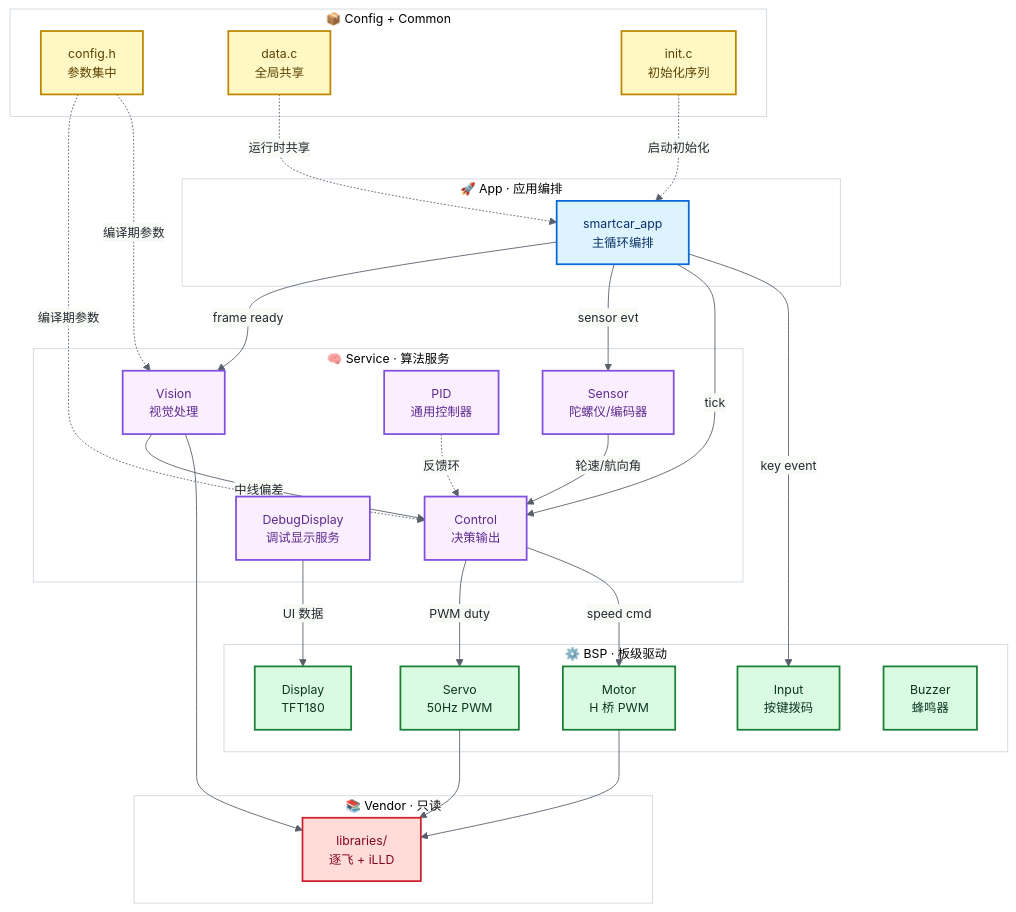
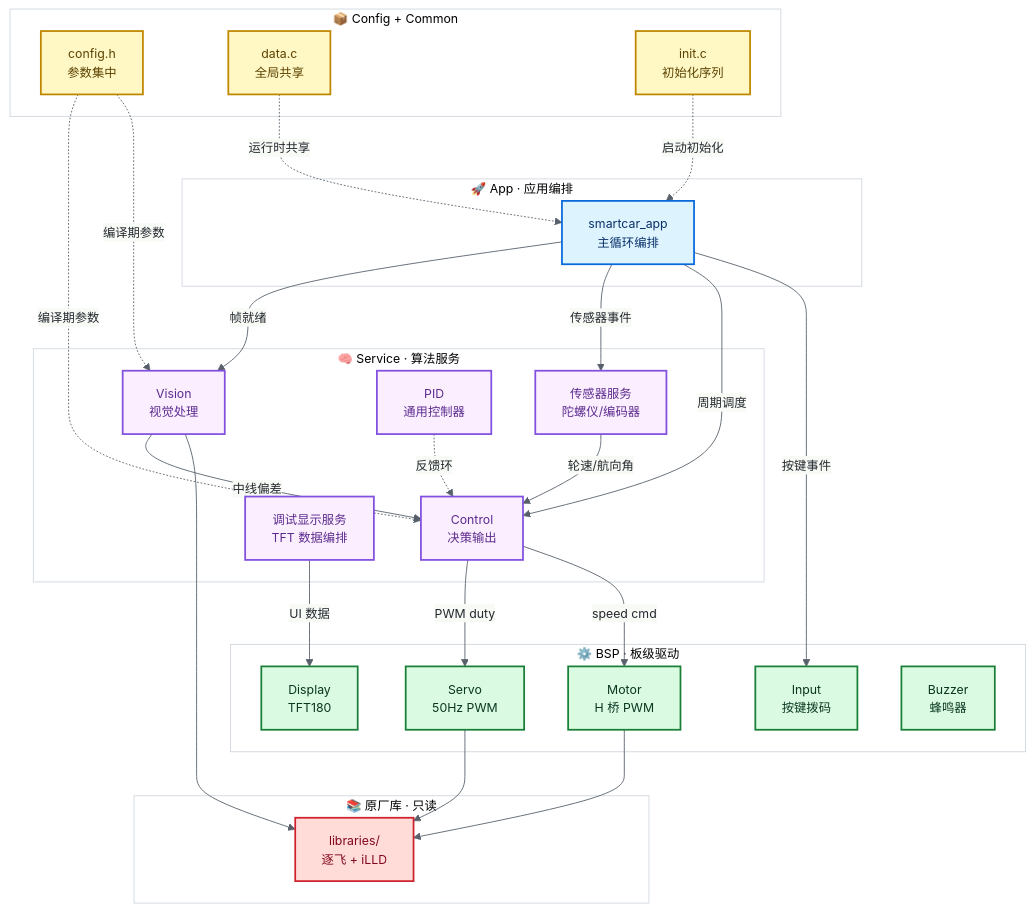
One commit to ParacosmYy/GS_Smart_car changed the first of 3 diagrams in README.md. Above: the diagram before and after it, drawn with Mermaid. The commit also changed other lines of this file and 11 other files, not shown here.

````diff
--- a/README.md
+++ b/README.md
@@ -24,62 +24,62 @@
 ```mermaid
 %%{init: {'theme':'base','themeVariables':{'primaryColor':'#f6f8fa','primaryTextColor':'#24292f','primaryBorderColor':'#d0d7de','lineColor':'#57606a','fontSize':'14px','fontFamily':'ui-sans-serif,system-ui,-apple-system,Segoe UI,Helvetica,Arial,sans-serif','clusterBkg':'#ffffff','clusterBorder':'#d0d7de'}}}%%
 flowchart TD
     classDef appLayer fill:#ddf4ff,stroke:#0969da,stroke-width:2px,color:#0a3069
     classDef svcLayer fill:#fbefff,stroke:#8250df,stroke-width:2px,color:#5c2b8e
     classDef bspLayer fill:#dafbe1,stroke:#1a7f37,stroke-width:2px,color:#0a3622
     classDef cfgLayer fill:#fff8c5,stroke:#bf8700,stroke-width:2px,color:#5c4200
     classDef libLayer fill:#ffdcd7,stroke:#cf222e,stroke-width:2px,color:#82071e
 
     subgraph APP[" 🚀 App · 应用编排 "]
         APP1["smartcar_app<br/>主循环编排"]:::appLayer
     end
 
     subgraph SVC[" 🧠 Service · 算法服务 "]
         VIS["Vision<br/>视觉处理"]:::svcLayer
-        SEN["Sensor<br/>陀螺仪/编码器"]:::svcLayer
+        SEN["传感器服务<br/>陀螺仪/编码器"]:::svcLayer
         CTL["Control<br/>决策输出"]:::svcLayer
         PID["PID<br/>通用控制器"]:::svcLayer
-        DBG["DebugDisplay<br/>调试显示服务"]:::svcLayer
+        DBG["调试显示服务<br/>TFT 数据编排"]:::svcLayer
     end
 
     subgraph BSP[" ⚙️ BSP · 板级驱动 "]
         MTR["Motor<br/>H 桥 PWM"]:::bspLayer
         SRV["Servo<br/>50Hz PWM"]:::bspLayer
         DSP["Display<br/>TFT180"]:::bspLayer
         INP["Input<br/>按键拨码"]:::bspLayer
         BUZ["Buzzer<br/>蜂鸣器"]:::bspLayer
     end
 
     subgraph CFG[" 📦 Config + Common "]
         CNF["config.h<br/>参数集中"]:::cfgLayer
         DAT["data.c<br/>全局共享"]:::cfgLayer
         INT["init.c<br/>初始化序列"]:::cfgLayer
     end
 
-    subgraph LIB[" 📚 Vendor · 只读 "]
+    subgraph LIB[" 📚 原厂库 · 只读 "]
         VEN["libraries/<br/>逐飞 + iLLD"]:::libLayer
     end
 
     %% 主数据流（运行时调用）
-    APP1 -->|frame ready| VIS
-    APP1 -->|sensor evt| SEN
-    APP1 -->|tick| CTL
+    APP1 -->|帧就绪| VIS
+    APP1 -->|传感器事件| SEN
+    APP1 -->|周期调度| CTL
     VIS -->|中线偏差| CTL
     SEN -->|轮速/航向角| CTL
     CTL -->|PWM duty| SRV
     CTL -->|speed cmd| MTR
     DBG -->|UI 数据| DSP
-    APP1 -->|key event| INP
+    APP1 -->|按键事件| INP
     PID -.->|反馈环| CTL
 
-    %% 硬件抽象（BSP 调用 Vendor）
+    %% 硬件抽象（BSP 调用平台/原厂库）
     MTR --> VEN
     SRV --> VEN
     VIS --> VEN
 
     %% 配置/初始化依赖（虚线 = 编译期/启动期）
     CNF -.->|编译期参数| CTL
     CNF -.->|编译期参数| VIS
     INT -.->|启动初始化| APP1
     DAT -.->|运行时共享| APP1
 ```
````
